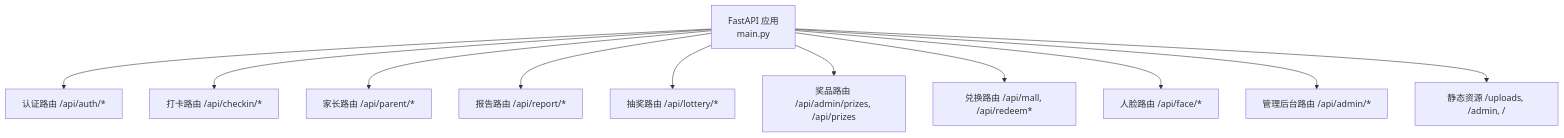
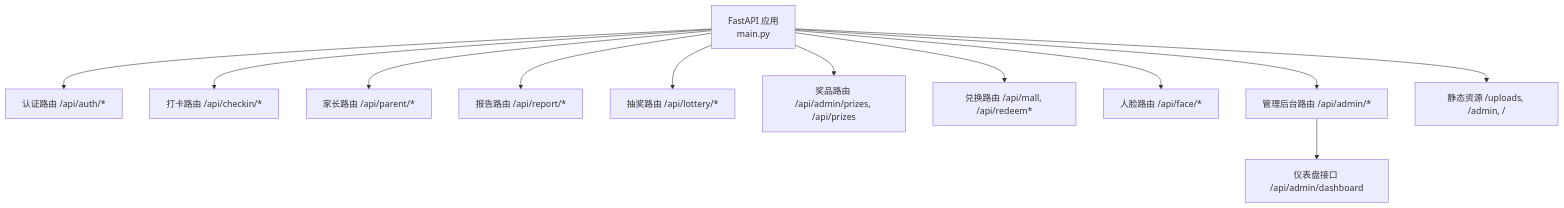
The first of 5 diagrams in .qoder/repowiki/zh/content/API接口文档/管理后台接口/管理后台接口.md (onebody/homework), drawn with Mermaid before and after one commit. The commit also changed other lines of this file and 14 other files, not shown here.

````diff
--- a/.qoder/repowiki/zh/content/API接口文档/管理后台接口/管理后台接口.md
+++ b/.qoder/repowiki/zh/content/API接口文档/管理后台接口/管理后台接口.md
@@ -40,13 +48,14 @@
 ```mermaid
 graph TB
 A["FastAPI 应用<br/>main.py"] --> B["认证路由 /api/auth/*"]
 A --> C["打卡路由 /api/checkin/*"]
 A --> D["家长路由 /api/parent/*"]
 A --> E["报告路由 /api/report/*"]
 A --> F["抽奖路由 /api/lottery/*"]
 A --> G["奖品路由 /api/admin/prizes, /api/prizes"]
 A --> H["兑换路由 /api/mall, /api/redeem*"]
 A --> I["人脸路由 /api/face/*"]
 A --> J["管理后台路由 /api/admin/*"]
 A --> K["静态资源 /uploads, /admin, /"]
+J --> L["仪表盘接口 /api/admin/dashboard"]
 ```
````
